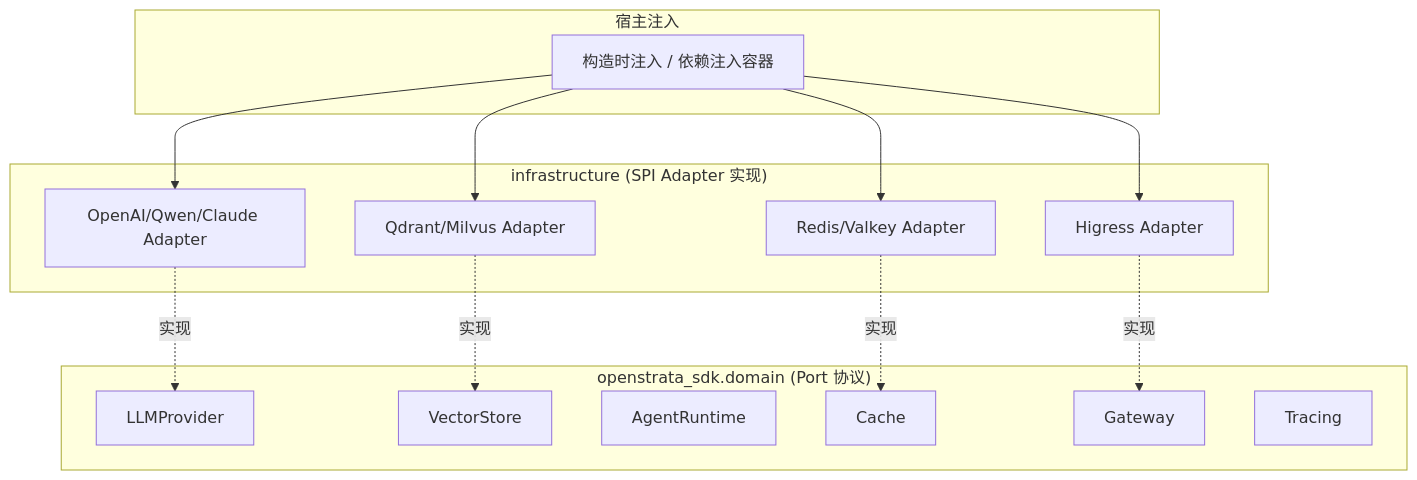
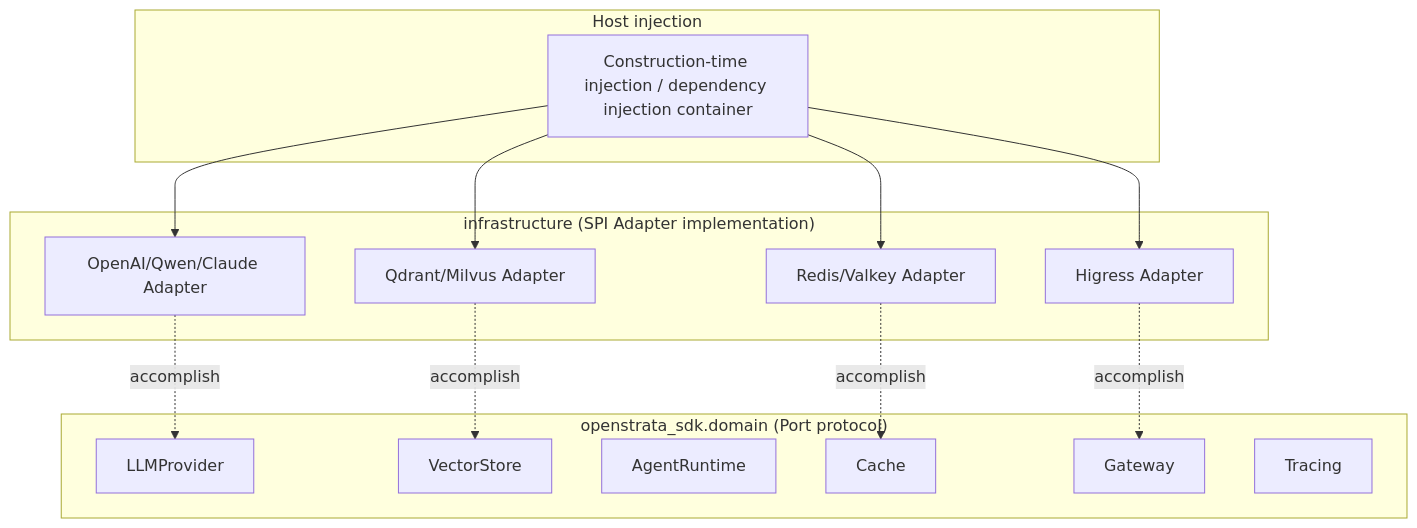
One commit to open-strata-ai/ai-sdk-python changed the second of 4 diagrams in design/DESIGN.md. Above: the diagram before and after it, drawn with Mermaid. The commit also changed other lines of this file and 11 other files, not shown here.

````diff
--- a/design/DESIGN.md
+++ b/design/DESIGN.md
@@ -133,25 +133,25 @@
 ```mermaid
 graph TB
-    subgraph "openstrata_sdk.domain (Port 协议)"
+    subgraph "openstrata_sdk.domain (Port protocol)"
         LP["LLMProvider"]
         VS["VectorStore"]
         RT["AgentRuntime"]
         CA["Cache"]
         GW["Gateway"]
         TR["Tracing"]
     end
-    subgraph "infrastructure (SPI Adapter 实现)"
+    subgraph "infrastructure (SPI Adapter implementation)"
         LPA["OpenAI/Qwen/Claude Adapter"]
         VSA["Qdrant/Milvus Adapter"]
         CAA["Redis/Valkey Adapter"]
         GWA["Higress Adapter"]
     end
-    subgraph "宿主注入"
-        INJ["构造时注入 / 依赖注入容器"]
+    subgraph "Host injection"
+        INJ["Construction-time injection / dependency injection container"]
     end
-    LPA -.实现.-> LP
-    VSA -.实现.-> VS
-    CAA -.实现.-> CA
-    GWA -.实现.-> GW
+    LPA -.accomplish.-> LP
+    VSA -.accomplish.-> VS
+    CAA -.accomplish.-> CA
+    GWA -.accomplish.-> GW
     INJ --> LPA & VSA & CAA & GWA
 ```
````
